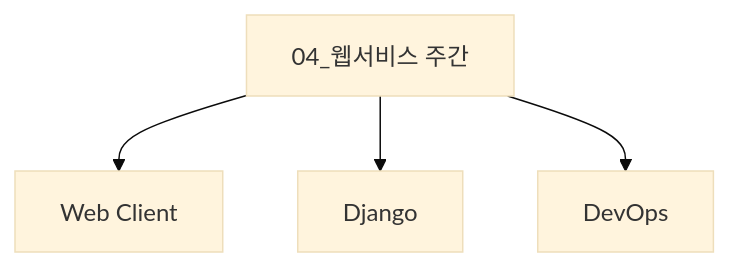
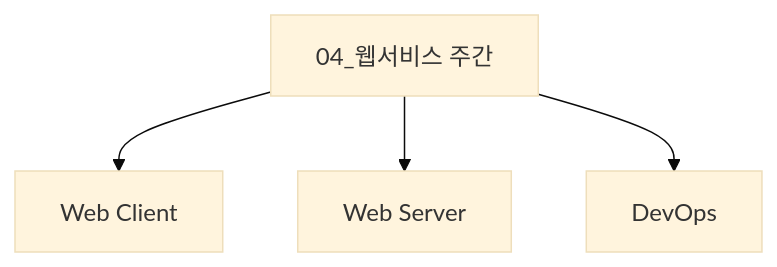
One commit to skn-ai14-250409/.github changed the first of 8 diagrams in profile/README.md. Above: the diagram before and after it, drawn with Mermaid (base theme).

````diff
--- a/profile/README.md
+++ b/profile/README.md
@@ -21,16 +21,16 @@
 ```mermaid
 graph TD
     A[04_웹서비스 주간]
     A1[Web Client]
-    A2[Django]
+    A2[Web Server]
     A3[DevOps]
     A --> A1
     A --> A2
     A --> A3
 
     click A "https://github.com/orgs/skn-ai14-250409/projects/56" "웹서비스"
     click A1 "https://github.com/skn-ai14-250409/web_client_workspace" "Web Client - HTML/CSS/Javascript"
-    click A2 "https://github.com/skn-ai14-250409/django_workspace" "Web Server - Django"
+    click A2 "https://github.com/skn-ai14-250409/web_server_workspace" "Web Server - Django/FastAPI"
     click A3 "https://github.com/skn-ai14-250409/devops_workspace" "DevOps - Linux/Cloud"
 
 ```
````
